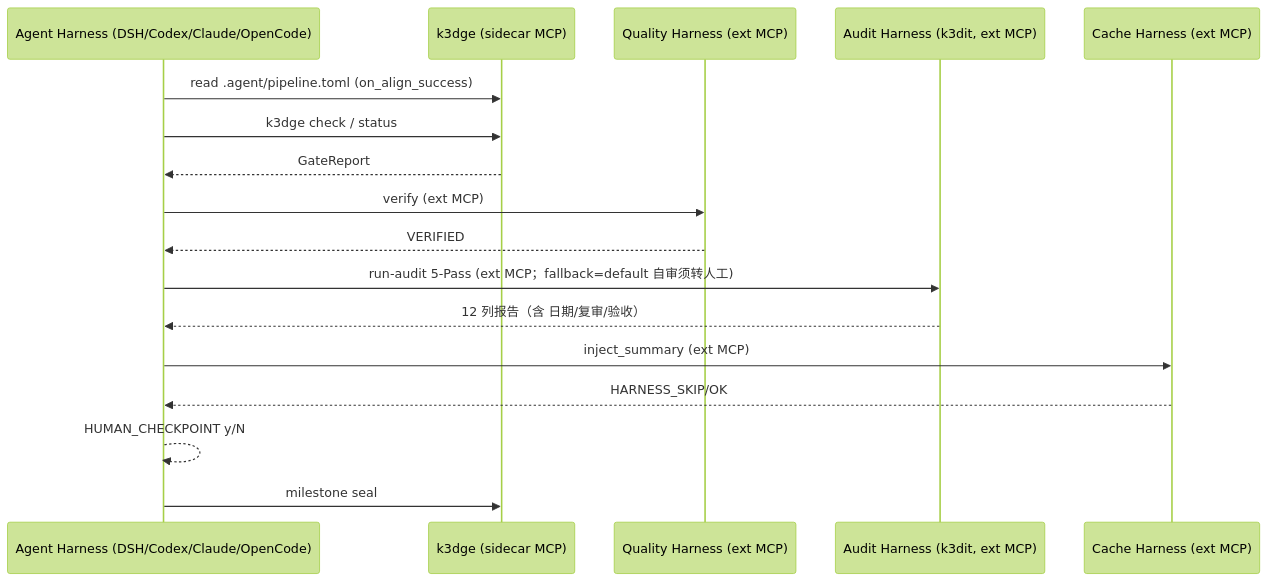
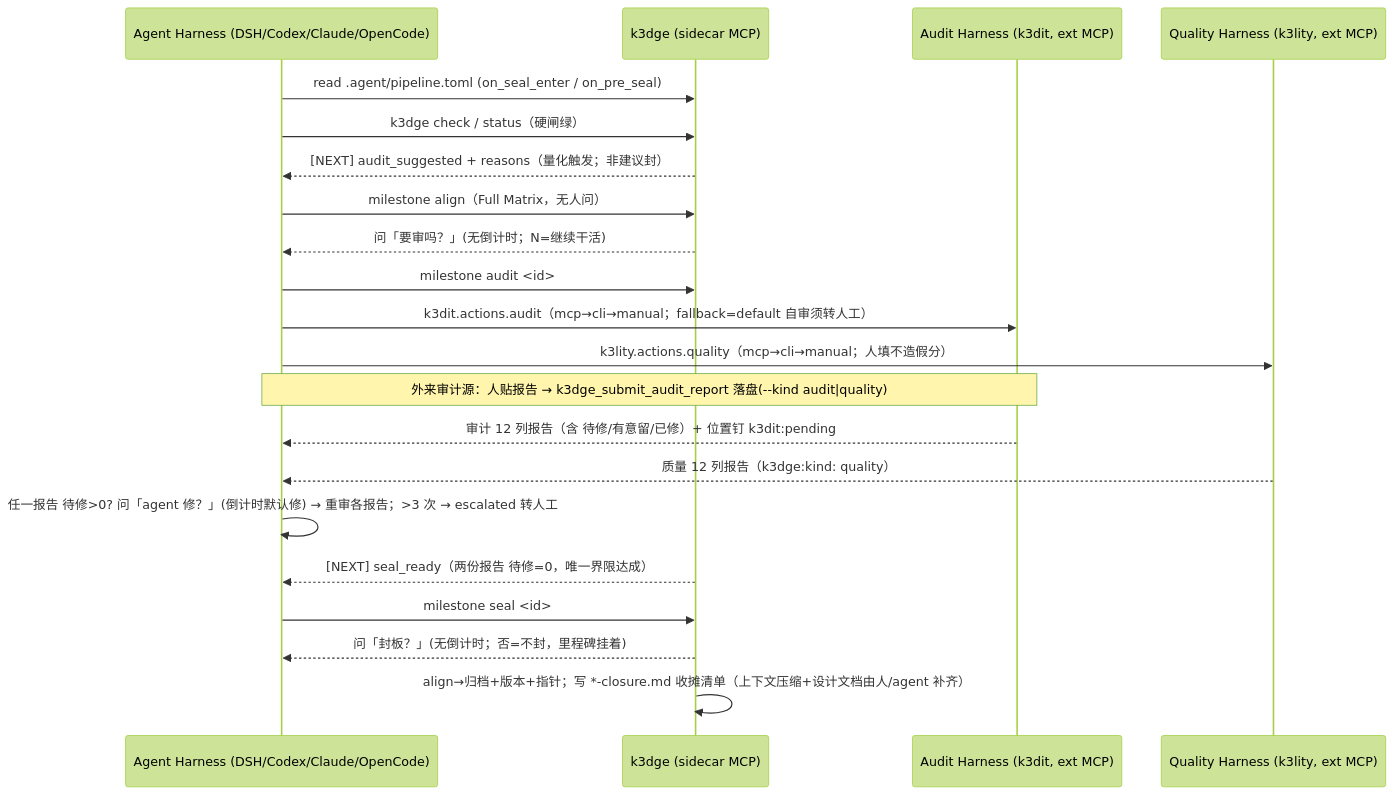
One commit to jamieplus/k3dge changed the sixth of 6 diagrams in docs/architecture/overview.md. Above: the diagram before and after it, drawn with Mermaid (forest theme). The commit also changed other lines of this file and 60 other files, not shown here.

````diff
--- a/docs/architecture/overview.md
+++ b/docs/architecture/overview.md
@@ -107,19 +114,23 @@
 ```mermaid
 sequenceDiagram
     participant Agent as Agent Harness (DSH/Codex/Claude/OpenCode)
     participant K3 as k3dge (sidecar MCP)
-    participant Quality as Quality Harness (ext MCP)
     participant Audit as Audit Harness (k3dit, ext MCP)
-    participant Cache as Cache Harness (ext MCP)
-    Agent->>K3: read .agent/pipeline.toml (on_align_success)
-    Agent->>K3: k3dge check / status
-    K3-->>Agent: GateReport
-    Agent->>Quality: verify (ext MCP)
-    Quality-->>Agent: VERIFIED
-    Agent->>Audit: run-audit 5-Pass (ext MCP；fallback=default 自审须转人工)
-    Audit-->>Agent: 12 列报告（含 日期/复审/验收）
-    Agent->>Cache: inject_summary (ext MCP)
-    Cache-->>Agent: HARNESS_SKIP/OK
-    Agent-->>Agent: HUMAN_CHECKPOINT y/N
-    Agent->>K3: milestone seal
+    participant Quality as Quality Harness (k3lity, ext MCP)
+    Agent->>K3: read .agent/pipeline.toml (on_seal_enter / on_pre_seal)
+    Agent->>K3: k3dge check / status（硬闸绿）
+    K3-->>Agent: [NEXT] audit_suggested + reasons（量化触发；非建议封）
+    Agent->>K3: milestone align（Full Matrix，无人问）
+    K3-->>Agent: 问「要审吗？」(无倒计时；N=继续干活)
+    Agent->>K3: milestone audit <id>
+    Agent->>Audit: k3dit.actions.audit（mcp→cli→manual；fallback=default 自审须转人工）
+    Agent->>Quality: k3lity.actions.quality（mcp→cli→manual；人填不造假分）
+    Note over Agent,Audit: 外来审计源：人贴报告 → k3dge_submit_audit_report 落盘(--kind audit|quality)
+    Audit-->>Agent: 审计 12 列报告（含 待修/有意留/已修）+ 位置钉 k3dit:pending
+    Quality-->>Agent: 质量 12 列报告（k3dge:kind: quality）
+    Agent->>Agent: 任一报告 待修>0? 问「agent 修？」(倒计时默认修) → 重审各报告；>3 次 → escalated 转人工
+    K3-->>Agent: [NEXT] seal_ready（两份报告 待修=0，唯一界限达成）
+    Agent->>K3: milestone seal <id>
+    K3-->>Agent: 问「封板？」(无倒计时；否=不封，里程碑挂着)
+    K3->>K3: align→归档+版本+指针；写 *-closure.md 收摊清单（上下文压缩+设计文档由人/agent 补齐）
 ```
````
